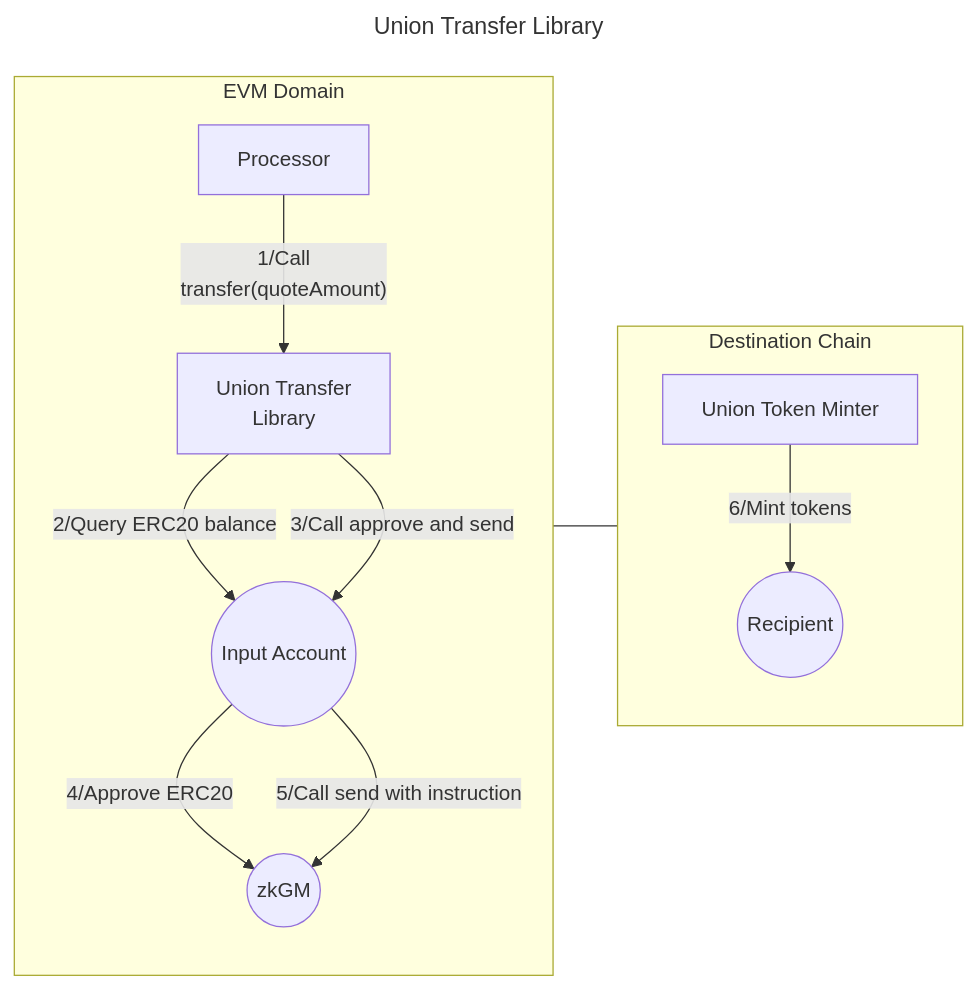
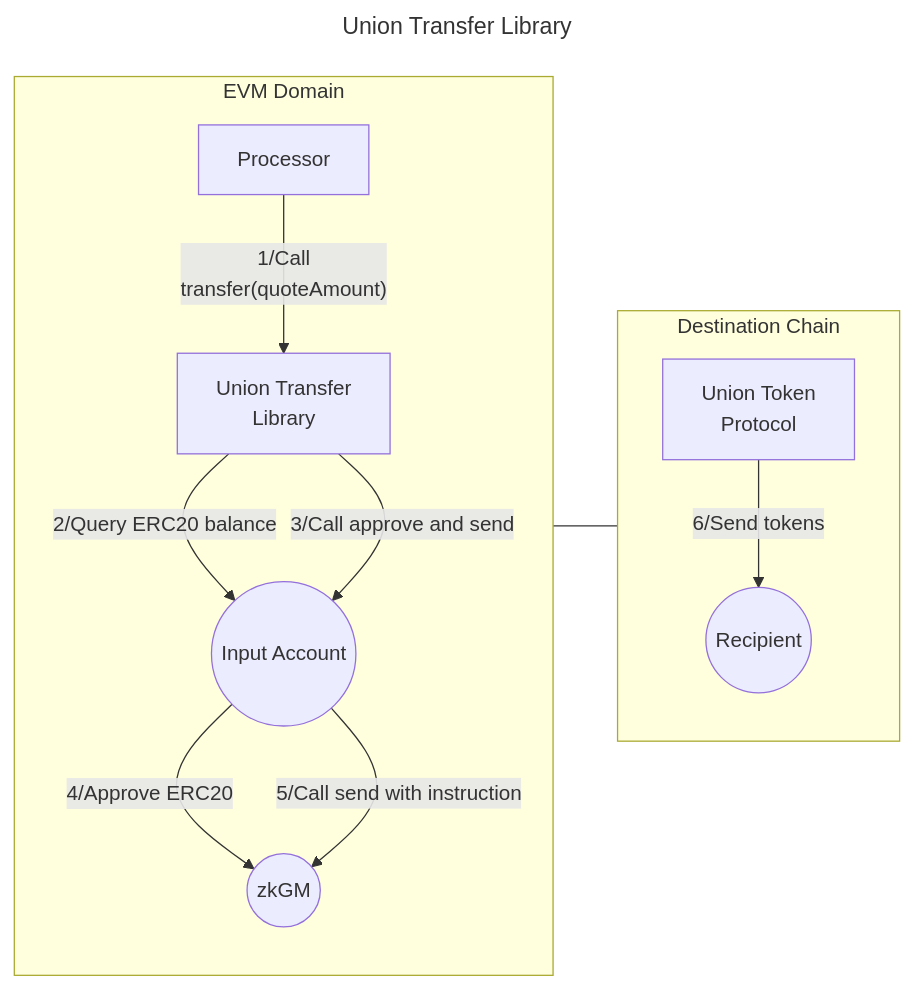
The diagram in docs/src/libraries/evm/union_transfer.md (timewave-computer/valence-protocol), drawn with Mermaid before and after one commit. The commit also changed other lines of this file, not shown here.

Commit message:
improve doc section

````diff
--- a/docs/src/libraries/evm/union_transfer.md
+++ b/docs/src/libraries/evm/union_transfer.md
@@ -7,28 +7,29 @@
 ```mermaid
 ---
 title: Union Transfer Library
 ---
 graph LR
   IA((Input Account))
   ZG((zkGM))
   R((Recipient))
   P[Processor]
   U[Union Transfer
    Library]
-  UTM[Union Token Minter]
+  UTM[Union Token
+   Protocol]
 
   subgraph DEST[ Destination Chain ]
-    UTM -- 6/Mint tokens --> R
+    UTM -- 6/Send tokens --> R
   end
 
   subgraph EVM[ EVM Domain ]
     P -- 1/Call
     transfer(quoteAmount) --> U
     U -- 2/Query ERC20 balance --> IA
     U -- 3/Call approve and send --> IA
     IA -- 4/Approve ERC20 --> ZG
     IA -- 5/Call send with instruction --> ZG
   end
 
   EVM --- DEST
 ```
````
